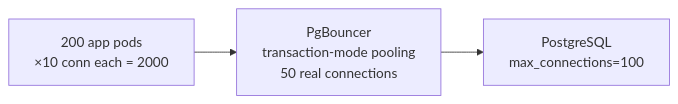
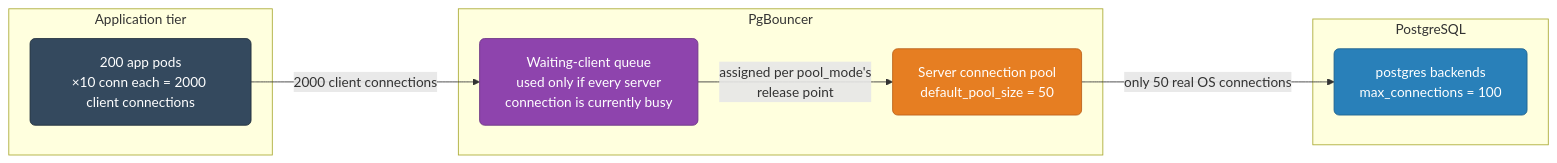
Before and after one commit to deepanshu-rawat6/DevOpsIndex: the sixth of 11 diagrams in databases/postgres-internals.md, drawn with Mermaid. The commit also changed other lines of this file and 7 other files, not shown here.

````diff
--- a/databases/postgres-internals.md
+++ b/databases/postgres-internals.md
@@ -224,5 +399,24 @@
 ```mermaid
 graph LR
-    APP_PODS["200 app pods<br>×10 conn each = 2000"] --> PGBOUNCER["PgBouncer<br>transaction-mode pooling<br>50 real connections"]
-    PGBOUNCER --> PG["PostgreSQL<br>max_connections=100"]
+    classDef app fill:#34495e,stroke:#212f3c,color:#fff,rx:6
+    classDef pooler fill:#8e44ad,stroke:#6c3483,color:#fff,rx:6
+    classDef pgconn fill:#e67e22,stroke:#ba6018,color:#fff,rx:6
+    classDef pg fill:#2980b9,stroke:#1f618d,color:#fff,rx:6
+
+    subgraph APPTIER["Application tier"]
+        APP_PODS["200 app pods<br/>×10 conn each = 2000 client connections"]:::app
+    end
+
+    subgraph POOLTIER["PgBouncer"]
+        QUEUE["Waiting-client queue<br/>used only if every server<br/>connection is currently busy"]:::pooler
+        POOL["Server connection pool<br/>default_pool_size = 50"]:::pgconn
+    end
+
+    subgraph PGTIER["PostgreSQL"]
+        PG["postgres backends<br/>max_connections = 100"]:::pg
+    end
+
+    APP_PODS -->|"2000 client connections"| QUEUE
+    QUEUE -->|"assigned per pool_mode's<br/>release point"| POOL
+    POOL -->|"only 50 real OS connections"| PG
 ```
````
